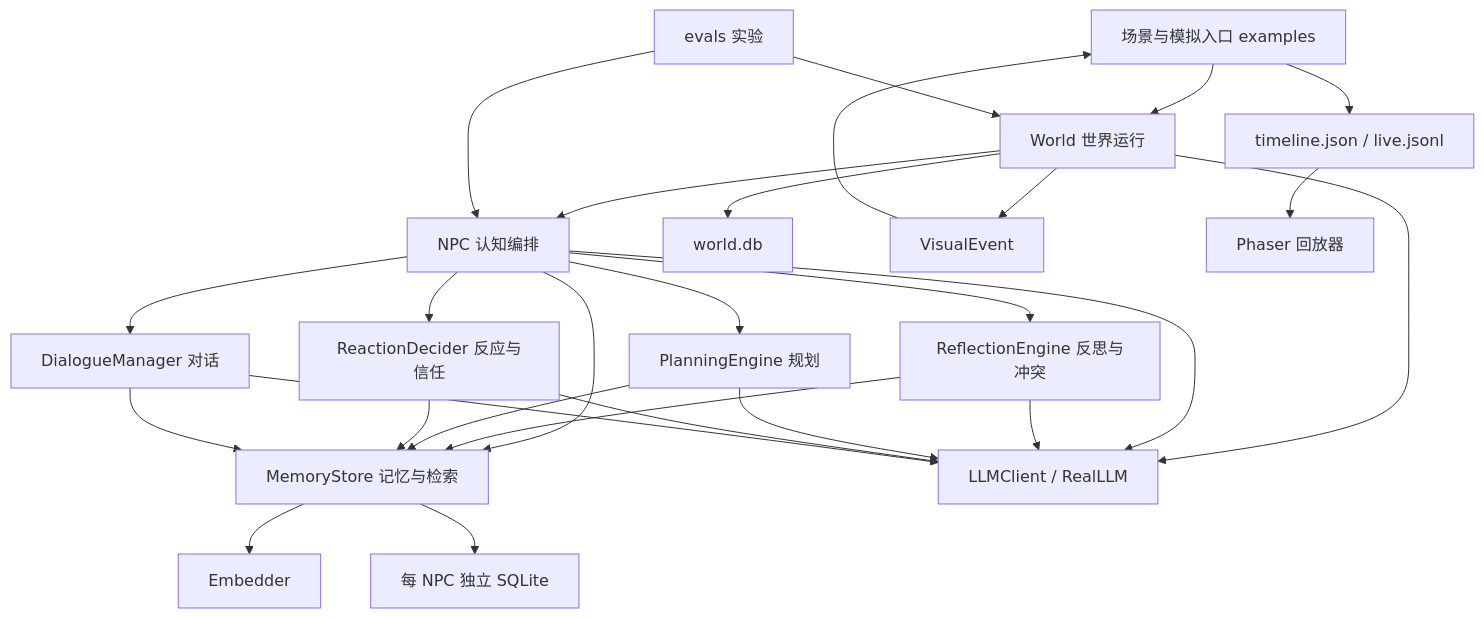
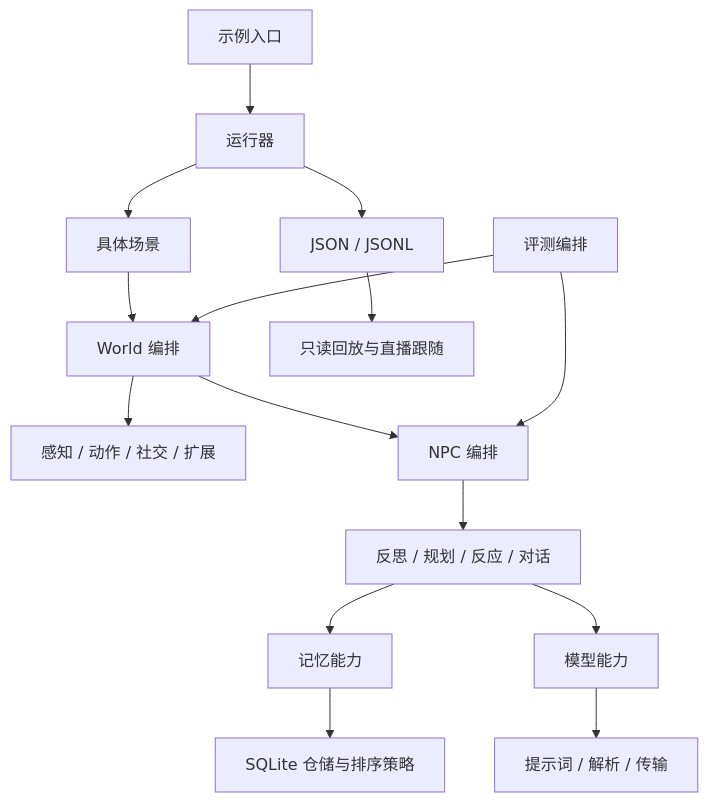
The diagram in docs/architecture.md (Destinykami/GameAgentEngine), drawn with Mermaid before and after one commit. The commit also changed other lines of this file and 3 other files, not shown here.

````diff
--- a/docs/architecture.md
+++ b/docs/architecture.md
@@ -41,29 +34,17 @@
 ```mermaid
 flowchart TD
-    Entry[场景与模拟入口 examples] --> World[World 世界运行]
-    World --> NPC[NPC 认知编排]
-    NPC --> Memory[MemoryStore 记忆与检索]
-    NPC --> Reflection[ReflectionEngine 反思与冲突]
-    NPC --> Planning[PlanningEngine 规划]
-    NPC --> Reaction[ReactionDecider 反应与信任]
-    NPC --> Dialogue[DialogueManager 对话]
-    Reflection --> Memory
-    Planning --> Memory
-    Reaction --> Memory
-    Dialogue --> Memory
-    World --> Models[LLMClient / RealLLM]
-    NPC --> Models
-    Reflection --> Models
-    Planning --> Models
-    Reaction --> Models
-    Dialogue --> Models
-    Memory --> Embedding[Embedder]
-    Memory --> NPCDB[每 NPC 独立 SQLite]
-    World --> WorldDB[world.db]
-    World --> Events[VisualEvent]
-    Events --> Entry
-    Entry --> Timeline[timeline.json / live.jsonl]
-    Timeline --> Viewer[Phaser 回放器]
-    Evals[evals 实验] --> World
-    Evals --> NPC
+    Entry[示例入口] --> Runner[运行器]
+    Runner --> Scenario[具体场景]
+    Scenario --> World[World 编排]
+    World --> WorldParts[感知 / 动作 / 社交 / 扩展]
+    World --> NPC[NPC 编排]
+    NPC --> Cognition[反思 / 规划 / 反应 / 对话]
+    Cognition --> Memory[记忆能力]
+    Cognition --> Model[模型能力]
+    Memory --> Store[SQLite 仓储与排序策略]
+    Model --> Adapter[提示词 / 解析 / 传输]
+    Runner --> Artifacts[JSON / JSONL]
+    Artifacts --> Replay[只读回放与直播跟随]
+    Eval[评测编排] --> NPC
+    Eval --> World
 ```
````
